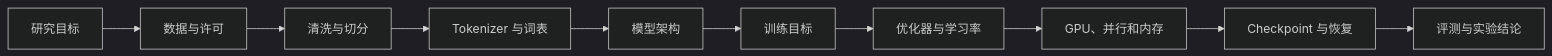
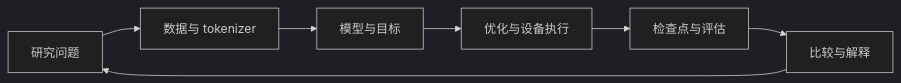
The diagram in docs/book/00_why_pretrain.md (WenbinWang12/Modern-Sequence-Models-from-Scratch), drawn with Mermaid (dark theme) before and after one commit. The commit also changed other lines of this file and 40 other files, not shown here.

````diff
--- a/docs/book/00_why_pretrain.md
+++ b/docs/book/00_why_pretrain.md
@@ -36,12 +60,9 @@
-```mermaid
+~~~mermaid
 flowchart LR
-    A[研究目标] --> B[数据与许可]
-    B --> C[清洗与切分]
-    C --> D[Tokenizer 与词表]
-    D --> E[模型架构]
-    E --> F[训练目标]
-    F --> G[优化器与学习率]
-    G --> H[GPU、并行和内存]
-    H --> I[Checkpoint 与恢复]
-    I --> J[评测与实验结论]
-```
+    A[研究问题] --> B[数据与 tokenizer]
+    B --> C[模型与目标]
+    C --> D[优化与设备执行]
+    D --> E[检查点与评估]
+    E --> F[比较与解释]
+    F --> A
+~~~
````
